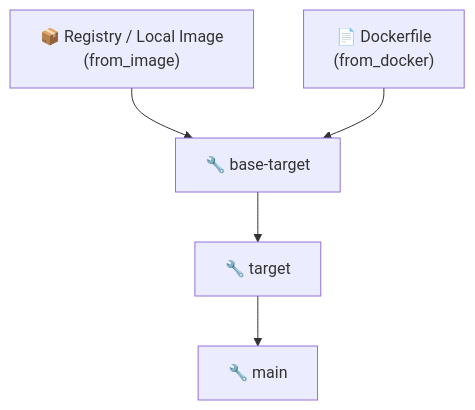
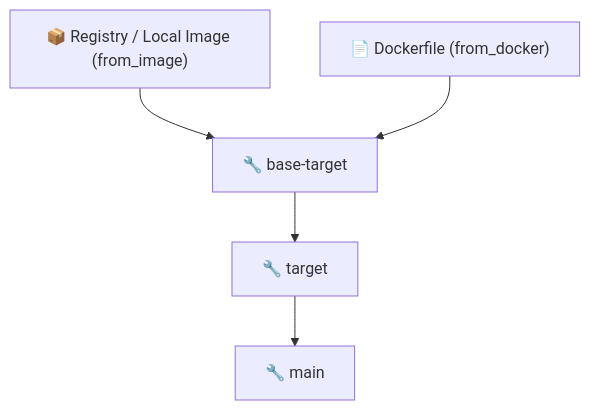
The first of 2 diagrams in docs/readme.md (Mr-Leshiy/shell-cell), drawn with Mermaid before and after one commit. The commit also changed 11 other files, not shown here.

Commit message:
fix: mermaid diagrams rendering in mdbook docs (#113)

````diff
--- a/docs/readme.md
+++ b/docs/readme.md
@@ -20,10 +20,10 @@
 ```mermaid
 graph TD
-    R1["📦 Registry / Local Image\n(from_image)"]
-    R2["📄 Dockerfile\n(from_docker)"]
+    R1["📦 Registry / Local Image (from_image)"]
+    R2["📄 Dockerfile (from_docker)"]
     T2["🔧 base-target"]
     T1["🔧 target"]
     M["🔧 main"]
 
     R1 & R2 --> T2 --> T1 --> M
 ```
````
